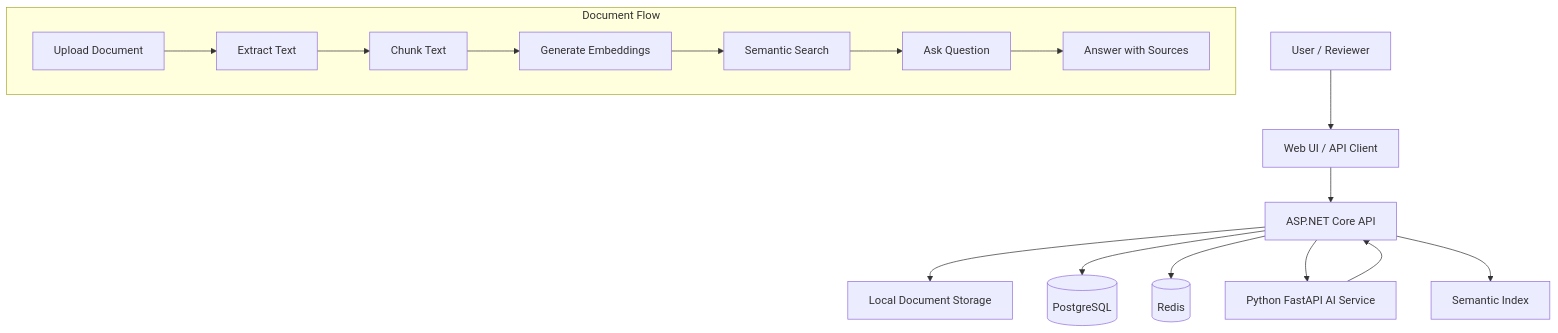
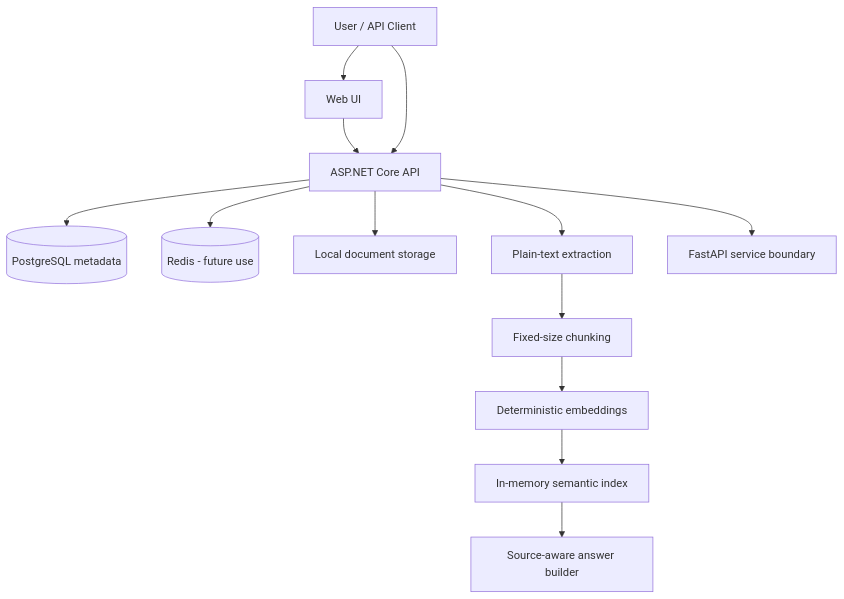
The first of 2 diagrams in docs/ARCHITECTURE_DIAGRAM.md (mahdiaghtaee/enterprise-ai-document-assistant), drawn with Mermaid before and after one commit. The commit also changed other lines of this file and 14 other files, not shown here.

````diff
--- a/docs/ARCHITECTURE_DIAGRAM.md
+++ b/docs/ARCHITECTURE_DIAGRAM.md
@@ -5,32 +5,29 @@
 ```mermaid
 flowchart TD
-    User[User / Reviewer]
-    Browser[Web UI / API Client]
+    User[User / API Client]
+    Web[Web UI]
     Api[ASP.NET Core API]
-    Ai[Python FastAPI AI Service]
-    Db[(PostgreSQL)]
-    Redis[(Redis)]
-    Storage[Local Document Storage]
-    Index[Semantic Index]
+    Db[(PostgreSQL metadata)]
+    Redis[(Redis - future use)]
+    Storage[Local document storage]
+    Extract[Plain-text extraction]
+    Chunk[Fixed-size chunking]
+    Embed[Deterministic embeddings]
+    Index[In-memory semantic index]
+    Answer[Source-aware answer builder]
+    Ai[FastAPI service boundary]
 
-    User --> Browser
-    Browser --> Api
+    User --> Web
+    Web --> Api
+    User --> Api
+
     Api --> Storage
     Api --> Db
     Api --> Redis
+    Api --> Extract
+    Extract --> Chunk
+    Chunk --> Embed
+    Embed --> Index
+    Index --> Answer
     Api --> Ai
-    Api --> Index
-    Ai --> Api
-
-    subgraph Document Flow
-        Upload[Upload Document]
-        Extract[Extract Text]
-        Chunk[Chunk Text]
-        Embed[Generate Embeddings]
-        Search[Semantic Search]
-        Ask[Ask Question]
-        Answer[Answer with Sources]
-    end
-
-    Upload --> Extract --> Chunk --> Embed --> Search --> Ask --> Answer
 ```
````
